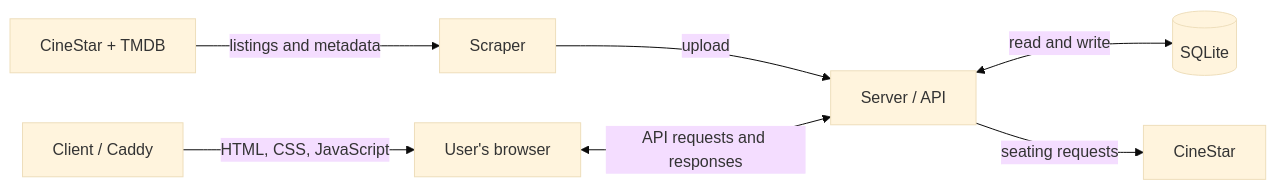
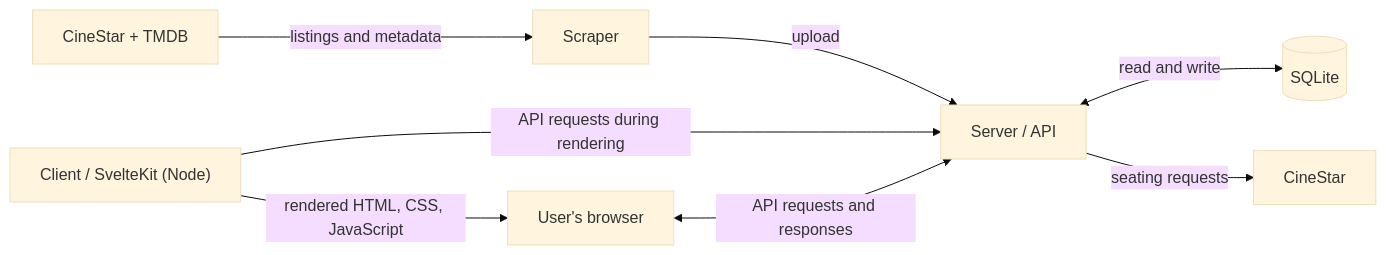
One commit to lukaslovre/Better-Cinestar changed the diagram in readme.md. Above: the diagram before and after it, drawn with Mermaid (base theme). The commit also changed other lines of this file and 30 other files, not shown here.

First line of the commit message:
feat(client): server-side rendering, cinema slugs in URL, Zagreb timezone fixes

````diff
--- a/readme.md
+++ b/readme.md
@@ -14,9 +14,10 @@
 ```mermaid
 flowchart LR
     Sources["CineStar + TMDB"] -->|listings and metadata| Scraper
     Scraper -->|upload| Server["Server / API"]
     Server <-->|read and write| Database[(SQLite)]
-    Client["Client / Caddy"] -->|HTML, CSS, JavaScript| Browser["User's browser"]
+    Client["Client / SvelteKit (Node)"] -->|rendered HTML, CSS, JavaScript| Browser["User's browser"]
+    Client -->|API requests during rendering| Server
     Browser <-->|API requests and responses| Server
     Server -->|seating requests| CineStar
 ```
````
